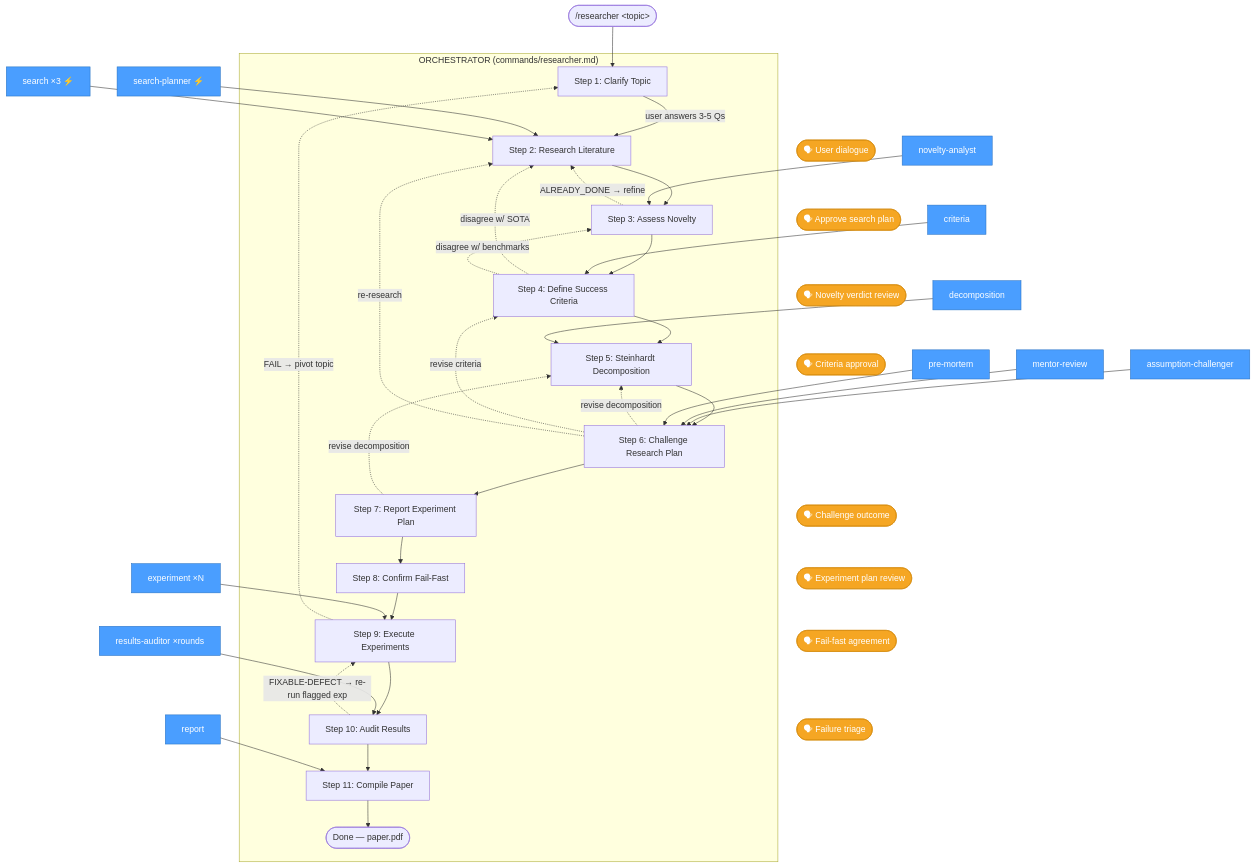
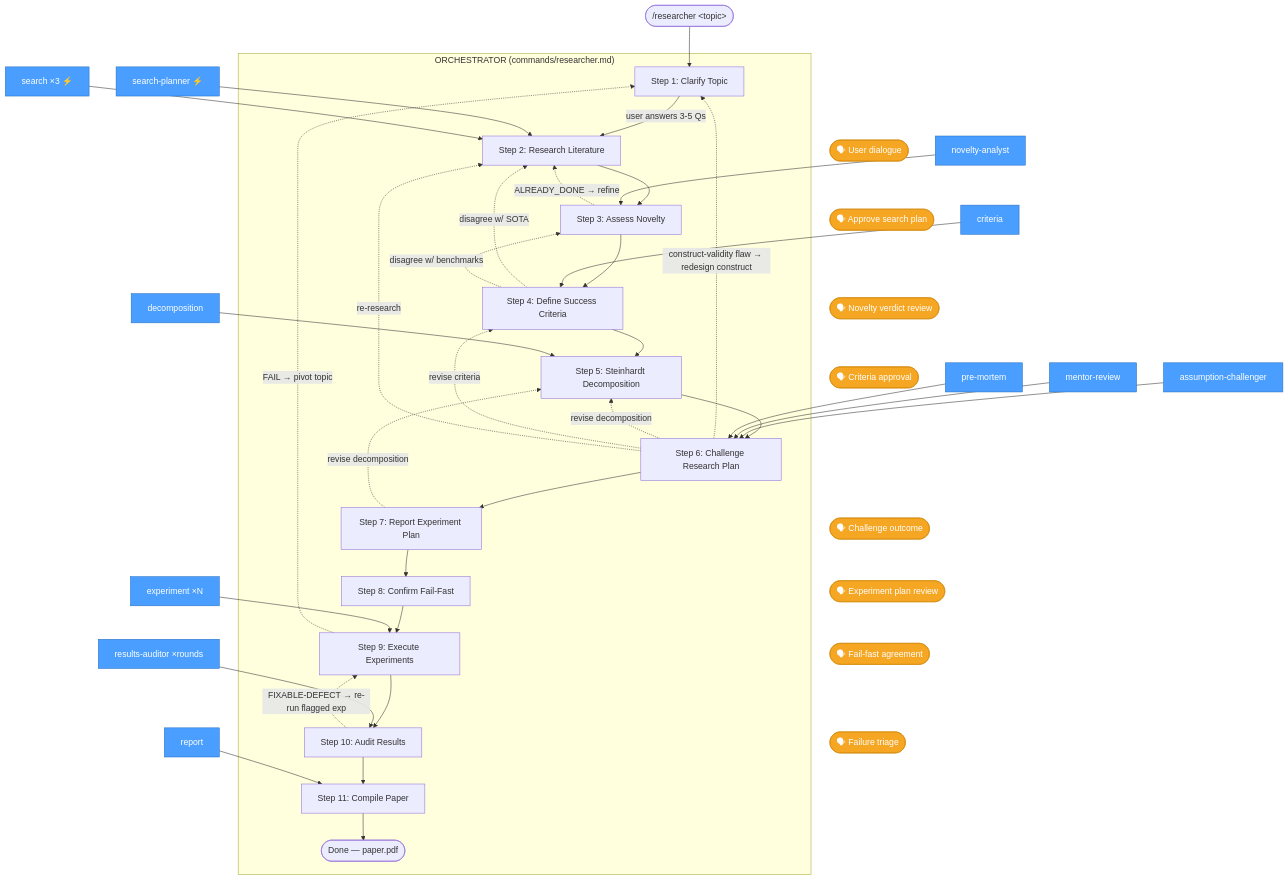
Before and after one commit to tbuckworth/ai-safety-researcher: the first of 4 diagrams in docs/DIAGRAM.md, drawn with Mermaid. The commit also changed 1 other file, not shown here.

Commit message:
Diagrams: show Step 6's construct-redesign loop back to Step 1
Step 6 sends a plan whose construct is a strawman back to Step 1, but
neither DIAGRAM.md nor the ARCHITECTURE.md pipeline showed that edge.

````diff
--- a/docs/DIAGRAM.md
+++ b/docs/DIAGRAM.md
@@ -5,68 +5,69 @@
 ```mermaid
 flowchart TD
     User(["/researcher &lt;topic&gt;"]) --> S1
 
     subgraph ORCH["ORCHESTRATOR (commands/researcher.md)"]
         S1["Step 1: Clarify Topic"]
         S2["Step 2: Research Literature"]
         S3["Step 3: Assess Novelty"]
         S4["Step 4: Define Success Criteria"]
         S5["Step 5: Steinhardt Decomposition"]
         S6["Step 6: Challenge Research Plan"]
         S7["Step 7: Report Experiment Plan"]
         S8["Step 8: Confirm Fail-Fast"]
         S9["Step 9: Execute Experiments"]
         S10["Step 10: Audit Results"]
         S11["Step 11: Compile Paper"]
         Done(["Done — paper.pdf"])
 
         S1 -->|"user answers 3-5 Qs"| S2
         S2 --> S3
         S3 --> S4
         S4 --> S5
         S5 --> S6
         S6 --> S7
         S7 --> S8
         S8 --> S9
         S9 --> S10
         S10 --> S11
         S11 --> Done
     end
 
     %% Loop-backs
     S3 -.->|"ALREADY_DONE → refine"| S2
     S4 -.->|"disagree w/ SOTA"| S2
     S4 -.->|"disagree w/ benchmarks"| S3
+    S6 -.->|"construct-validity flaw → redesign construct"| S1
     S6 -.->|"revise decomposition"| S5
     S6 -.->|"revise criteria"| S4
     S6 -.->|"re-research"| S2
     S7 -.->|"revise decomposition"| S5
     S9 -.->|"FAIL → pivot topic"| S1
     S10 -.->|"FIXABLE-DEFECT → re-run flagged exp"| S9
 
     %% Agents
     SP["search-planner ⚡"]:::agent --> S2
     SE["search ×3 ⚡"]:::agent --> S2
     NA["novelty-analyst"]:::agent --> S3
     CR["criteria"]:::agent --> S4
     DE["decomposition"]:::agent --> S5
     AC["assumption-challenger"]:::agent --> S6
     SM2["mentor-review"]:::agent --> S6
     PM["pre-mortem"]:::agent --> S6
     EX["experiment ×N"]:::agent --> S9
     RA["results-auditor ×rounds"]:::agent --> S10
     RE["report"]:::agent --> S11
 
     %% User interaction points
     S1 ~~~ U1(["🗣 User dialogue"]):::user
     S2 ~~~ U2(["🗣 Approve search plan"]):::user
     S3 ~~~ U3(["🗣 Novelty verdict review"]):::user
     S4 ~~~ U4(["🗣 Criteria approval"]):::user
     S6 ~~~ U6c(["🗣 Challenge outcome"]):::user
     S7 ~~~ U7(["🗣 Experiment plan review"]):::user
     S8 ~~~ U8(["🗣 Fail-fast agreement"]):::user
     S9 ~~~ U9(["🗣 Failure triage"]):::user
 
     classDef agent fill:#4a9eff,stroke:#2670c2,color:#fff
     classDef user fill:#f5a623,stroke:#d48b0c,color:#fff
 ```
````
